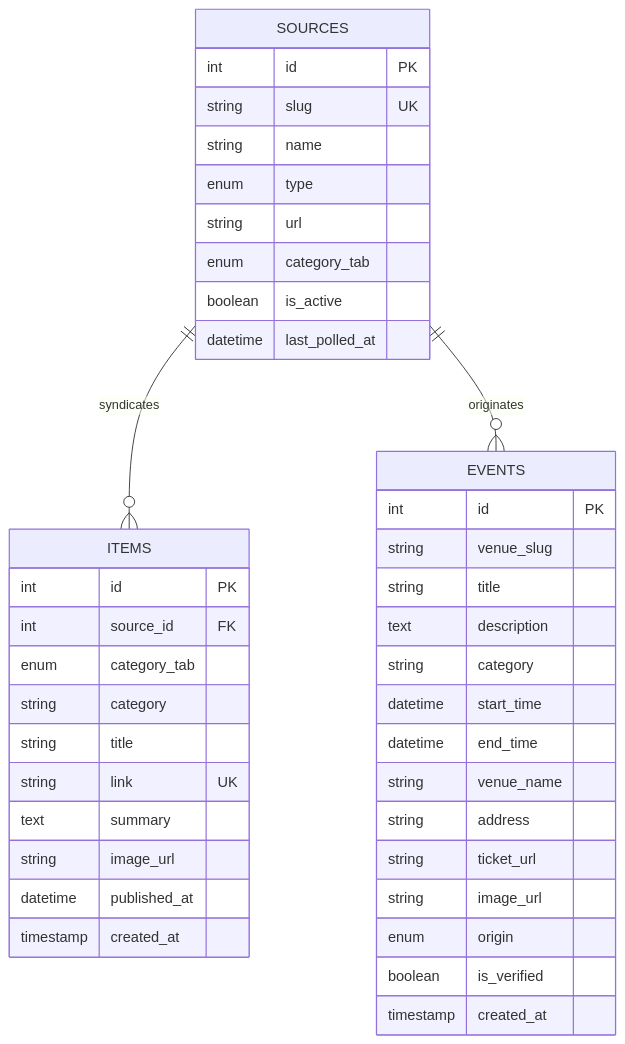
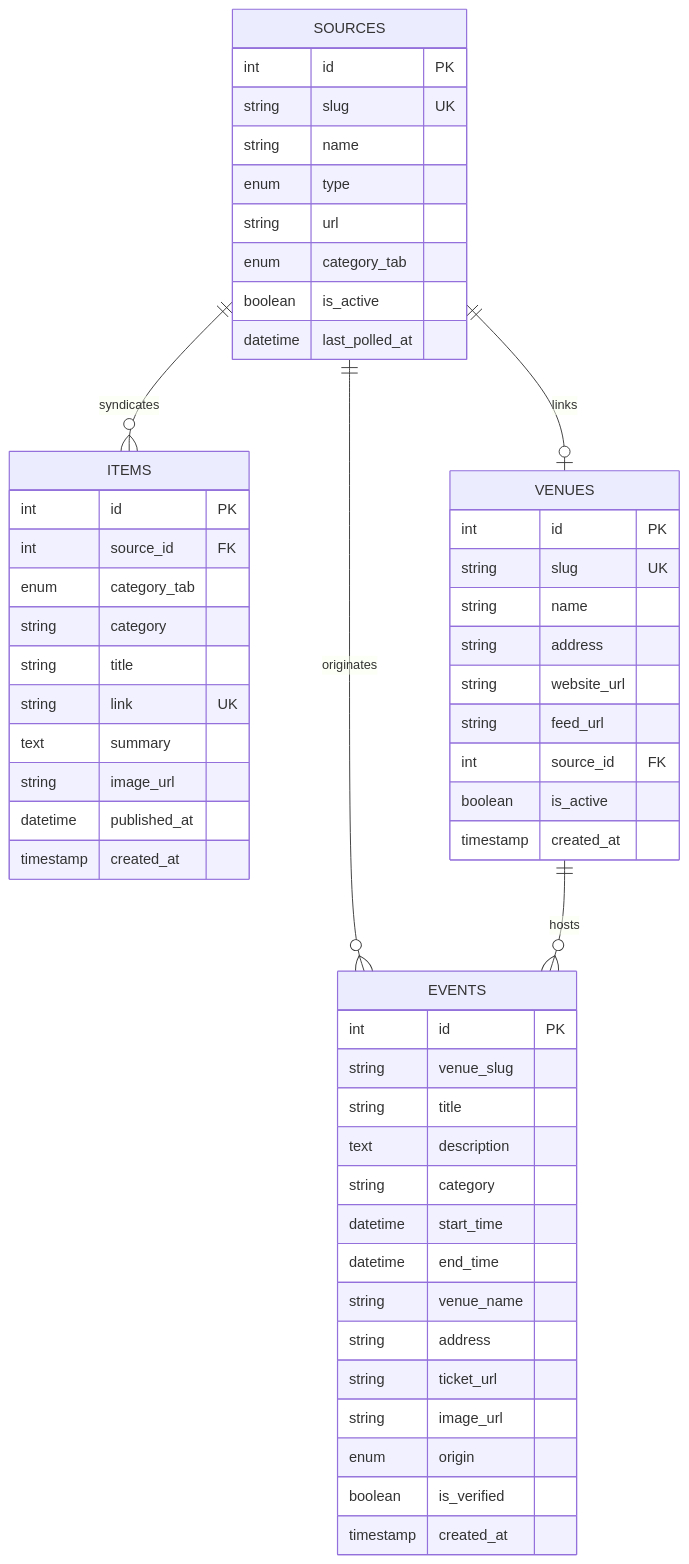
The diagram in Docs/Database_Schema.md (claudineipereiras/AgendaWeb), drawn with Mermaid before and after one commit. The commit also changed other lines of this file and 9 other files, not shown here.

Commit message:
feat(venues): auto-update venues on website detect, group followed feeds by venue, and add full event reader button

````diff
--- a/Docs/Database_Schema.md
+++ b/Docs/Database_Schema.md
@@ -9,46 +9,60 @@
 ```mermaid
 erDiagram
     SOURCES ||--o{ ITEMS : "syndicates"
     SOURCES ||--o{ EVENTS : "originates"
+    SOURCES ||--o| VENUES : "links"
+    VENUES ||--o{ EVENTS : "hosts"
 
     SOURCES {
         int id PK
         string slug UK
         string name
         enum type
         string url
         enum category_tab
         boolean is_active
         datetime last_polled_at
+    }
+
+    VENUES {
+        int id PK
+        string slug UK
+        string name
+        string address
+        string website_url
+        string feed_url
+        int source_id FK
+        boolean is_active
+        timestamp created_at
     }
 
     EVENTS {
         int id PK
         string venue_slug
         string title
         text description
         string category
         datetime start_time
         datetime end_time
         string venue_name
         string address
         string ticket_url
         string image_url
         enum origin
         boolean is_verified
         timestamp created_at
     }
 
     ITEMS {
         int id PK
         int source_id FK
         enum category_tab
         string category
         string title
         string link UK
         text summary
         string image_url
         datetime published_at
         timestamp created_at
     }
 ```
````
